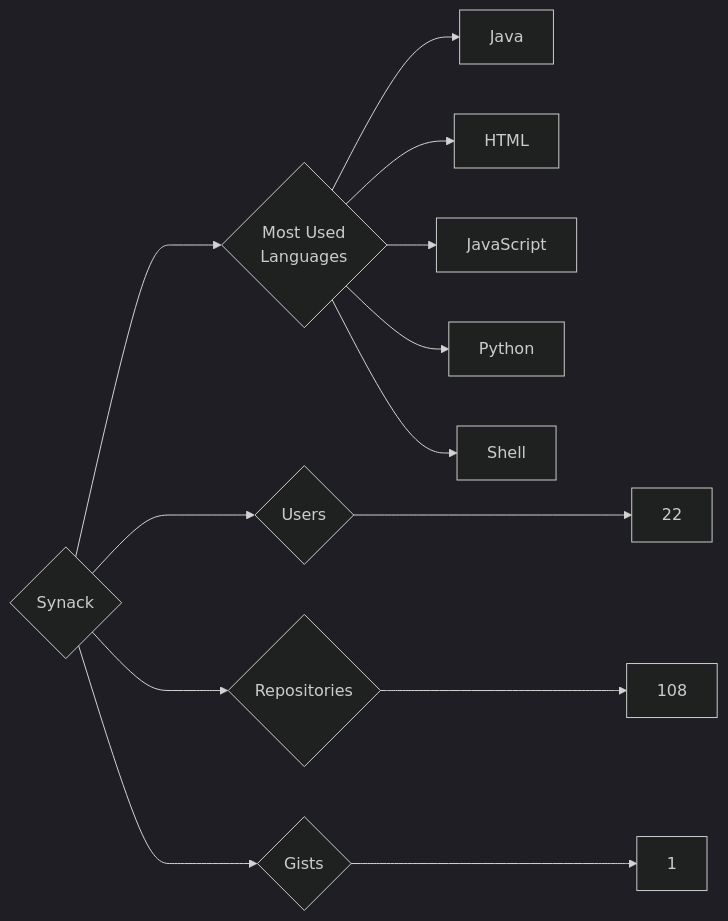
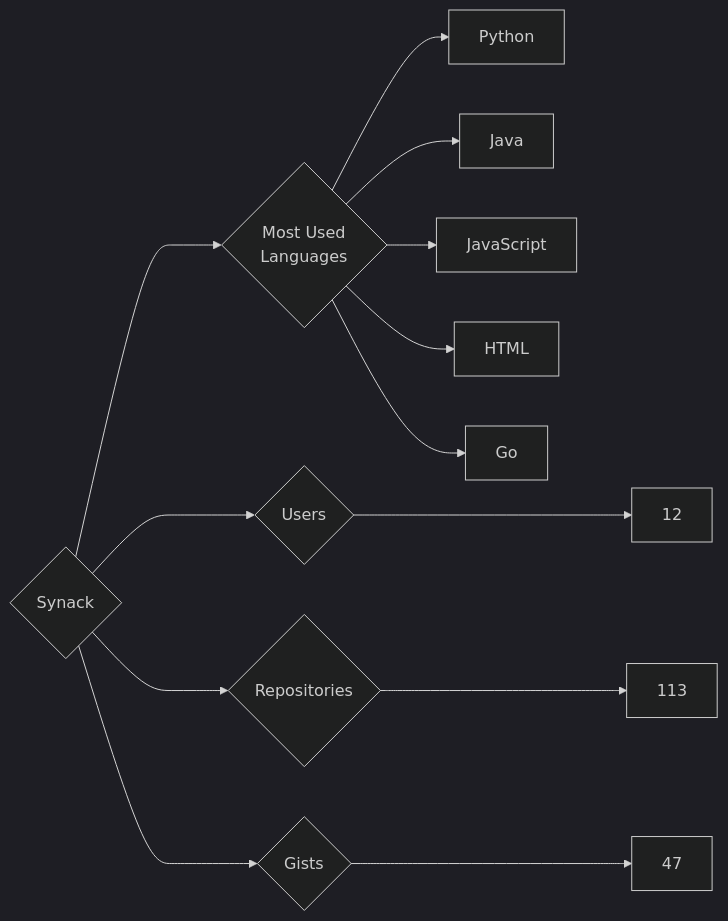
The diagram in targets/Synack/README.md (trickest/insiders), drawn with Mermaid (dark theme) before and after one commit. The commit also changed 815 other files, not shown here.

````diff
--- a/targets/Synack/README.md
+++ b/targets/Synack/README.md
@@ -3,13 +3,13 @@
 ```mermaid
 graph LR
 COMPANY_NAME{Synack}
-COMPANY_NAME ---> U{Users} ---> UN[22]
-COMPANY_NAME ---> R{Repositories} ---> RN[108]
-COMPANY_NAME ---> G{Gists} ---> GN[1]
+COMPANY_NAME ---> U{Users} ---> UN[12]
+COMPANY_NAME ---> R{Repositories} ---> RN[113]
+COMPANY_NAME ---> G{Gists} ---> GN[47]
 COMPANY_NAME ---> ML{Most Used<br>Languages}
+ML --> Python[Python]
 ML --> Java[Java]
+ML --> JavaScript[JavaScript]
 ML --> HTML[HTML]
-ML --> JavaScript[JavaScript]
-ML --> Python[Python]
-ML --> Shell[Shell]
+ML --> Go[Go]
 ```
````
